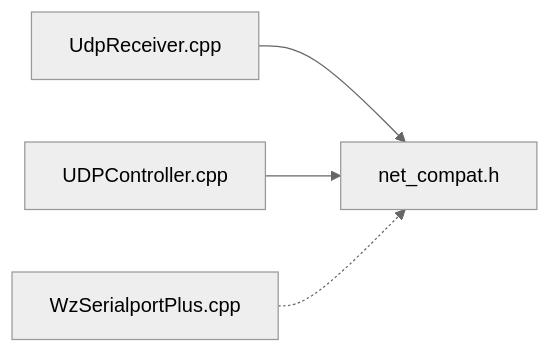
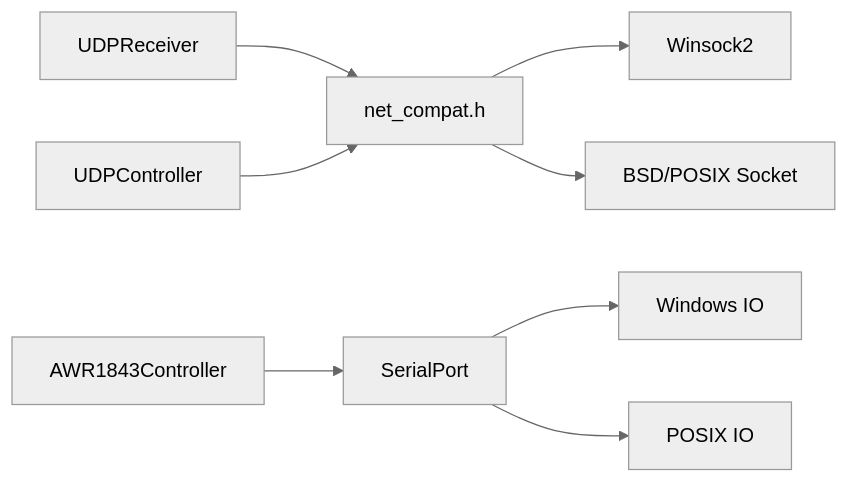
Before and after one commit to Lukad77/awr1843-radar-toolkit: the sixth of 6 diagrams in .qoder/repowiki/zh/content/跨平台兼容性设计.md, drawn with Mermaid (neutral theme). The commit also changed other lines of this file and 106 other files, not shown here.

````diff
--- a/.qoder/repowiki/zh/content/跨平台兼容性设计.md
+++ b/.qoder/repowiki/zh/content/跨平台兼容性设计.md
@@ -264,6 +203,10 @@
 ```mermaid
 graph LR
-UR["UdpReceiver.cpp"] --> NC["net_compat.h"]
-UC["UDPController.cpp"] --> NC
-SP["WzSerialportPlus.cpp"] -.-> NC
+UDPReceiver["UDPReceiver"] --> NetCompat["net_compat.h"]
+AWR1843Controller["AWR1843Controller"] --> SerialLayer["SerialPort"]
+UDPController["UDPController"] --> NetCompat
+NetCompat --> WinSock["Winsock2"]
+NetCompat --> BSDSocket["BSD/POSIX Socket"]
+SerialLayer --> WinIO["Windows IO"]
+SerialLayer --> PosixIO["POSIX IO"]
 ```
````
